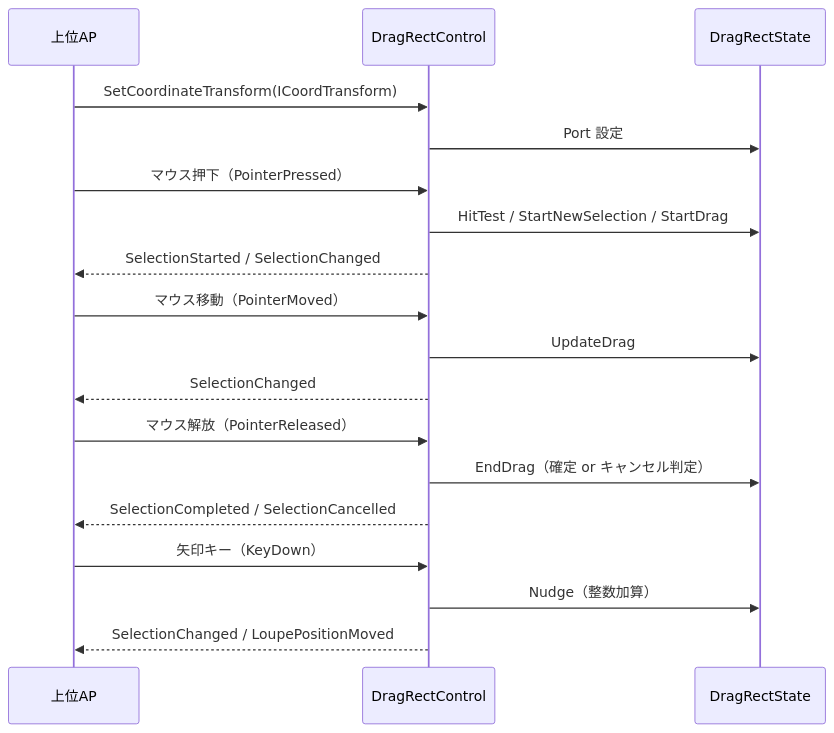
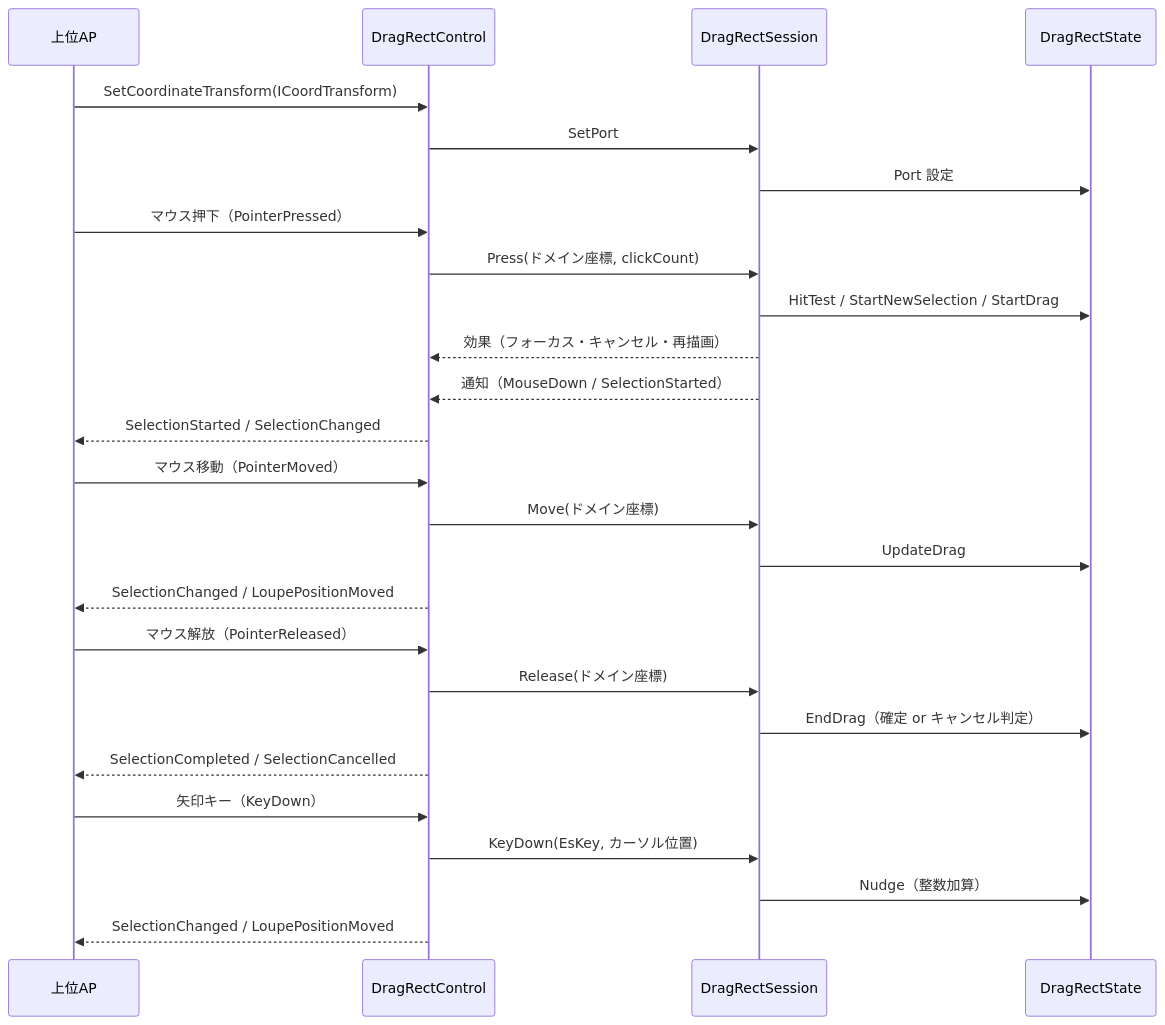
The second of 2 diagrams in src/DragRectControl.AvaloniaUI/SPEC_System.md (tomokuni/SaveEvidence), drawn with Mermaid before and after one commit. The commit also changed other lines of this file and 25 other files, not shown here.

````diff
--- a/src/DragRectControl.AvaloniaUI/SPEC_System.md
+++ b/src/DragRectControl.AvaloniaUI/SPEC_System.md
@@ -184,25 +206,33 @@
 ```mermaid
 sequenceDiagram
     participant AP as 上位AP
     participant Ctl as DragRectControl
+    participant Ses as DragRectSession
     participant Stt as DragRectState
 
     AP->>Ctl: SetCoordinateTransform(ICoordTransform)
-    Ctl->>Stt: Port 設定
+    Ctl->>Ses: SetPort
+    Ses->>Stt: Port 設定
 
     AP->>Ctl: マウス押下（PointerPressed）
-    Ctl->>Stt: HitTest / StartNewSelection / StartDrag
+    Ctl->>Ses: Press(ドメイン座標, clickCount)
+    Ses->>Stt: HitTest / StartNewSelection / StartDrag
+    Ses-->>Ctl: 効果（フォーカス・キャンセル・再描画）
+    Ses-->>Ctl: 通知（MouseDown / SelectionStarted）
     Ctl-->>AP: SelectionStarted / SelectionChanged
 
     AP->>Ctl: マウス移動（PointerMoved）
-    Ctl->>Stt: UpdateDrag
-    Ctl-->>AP: SelectionChanged
+    Ctl->>Ses: Move(ドメイン座標)
+    Ses->>Stt: UpdateDrag
+    Ctl-->>AP: SelectionChanged / LoupePositionMoved
 
     AP->>Ctl: マウス解放（PointerReleased）
-    Ctl->>Stt: EndDrag（確定 or キャンセル判定）
+    Ctl->>Ses: Release(ドメイン座標)
+    Ses->>Stt: EndDrag（確定 or キャンセル判定）
     Ctl-->>AP: SelectionCompleted / SelectionCancelled
 
     AP->>Ctl: 矢印キー（KeyDown）
-    Ctl->>Stt: Nudge（整数加算）
+    Ctl->>Ses: KeyDown(EsKey, カーソル位置)
+    Ses->>Stt: Nudge（整数加算）
     Ctl-->>AP: SelectionChanged / LoupePositionMoved
 ```
````
